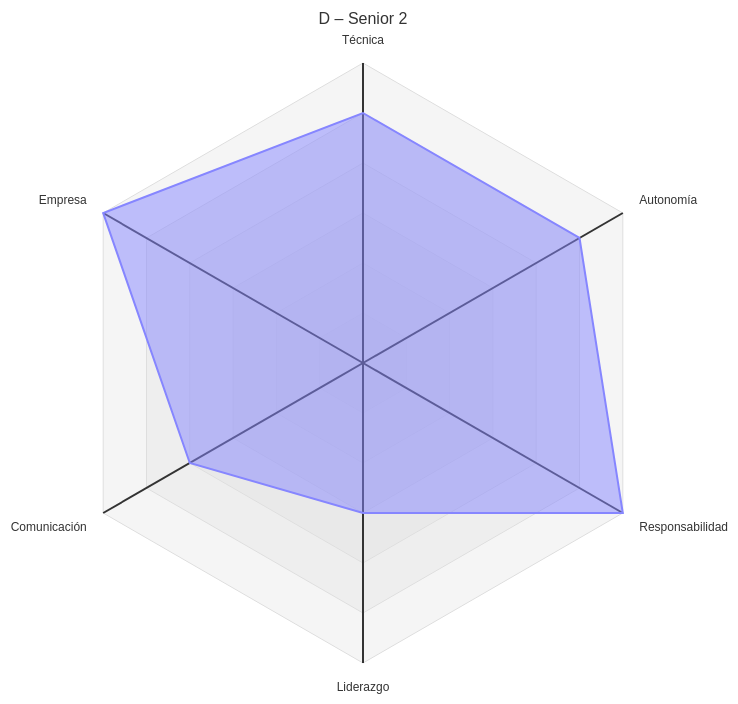
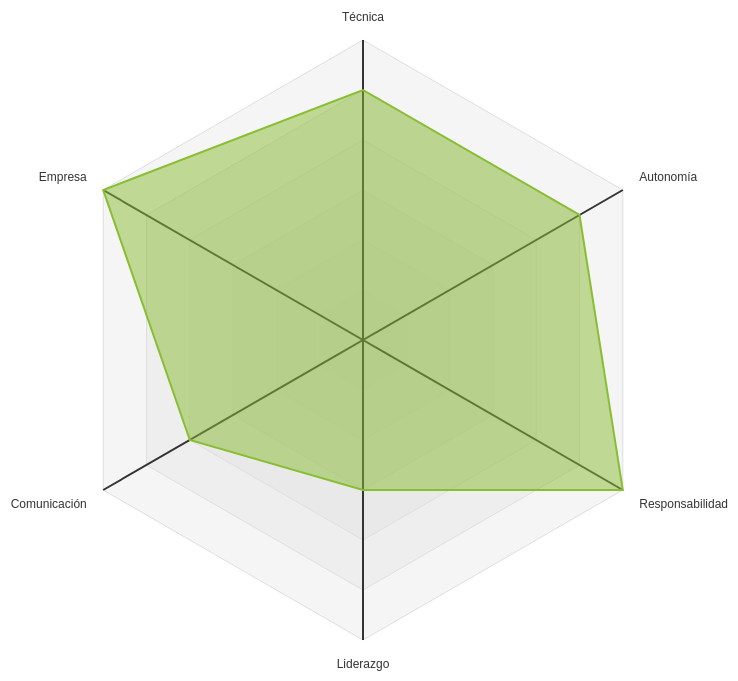
The sixth of 9 diagrams in perfiles-por-nivel.md (javigallego-tech/carrera-profesional-ti), drawn with Mermaid before and after one commit. The commit also changed other lines of this file and 1 other file, not shown here.

````diff
--- a/perfiles-por-nivel.md
+++ b/perfiles-por-nivel.md
@@ -91,13 +96,14 @@
 ```mermaid
 ---
-title: "D – Senior 2"
+config:
+  themeVariables:
+    cScale0: "#89BE34"
 ---
 radar-beta
   axis t["Técnica"], a["Autonomía"], r["Responsabilidad"], l["Liderazgo"], c["Comunicación"], e["Empresa"]
   curve n["Mínimo"]{5, 5, 6, 3, 4, 6}
   max 6
-  min 0
   ticks 6
   graticule polygon
   showLegend false
 ```
````
